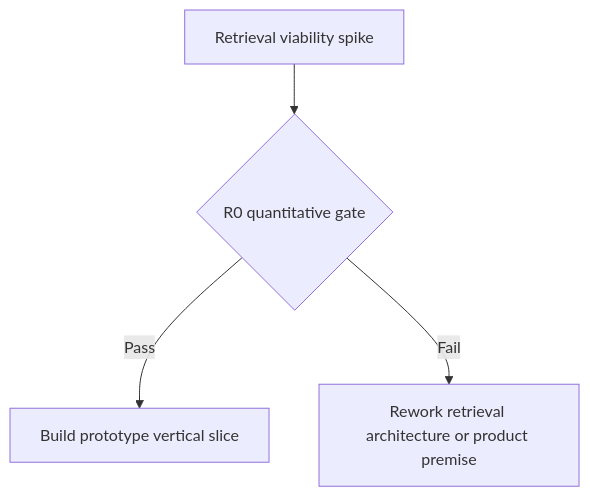
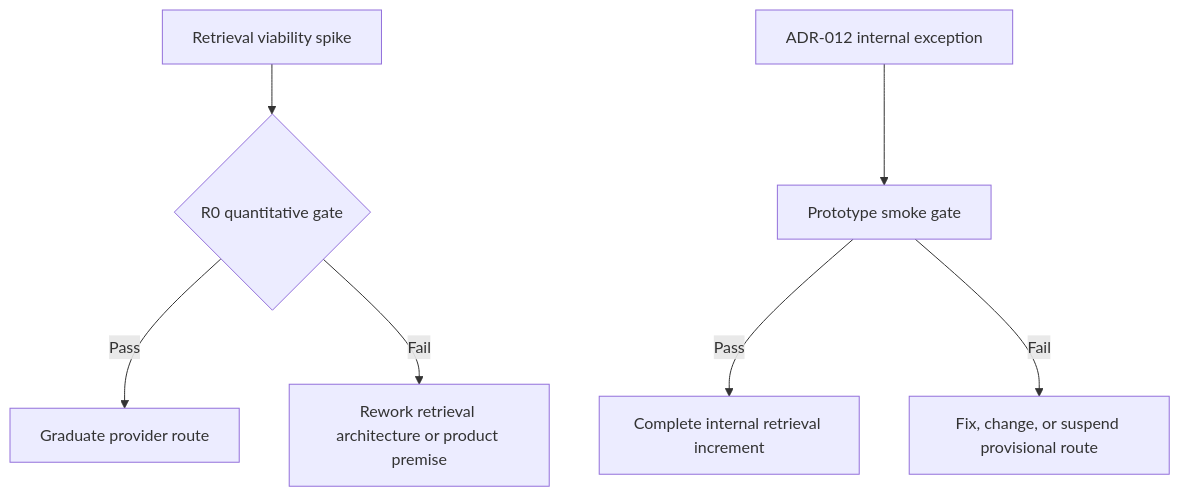
The diagram in social_intelligence_markdown/docs/architecture/retrieval.md (harihkim/aptori_outreach), drawn with Mermaid before and after one commit. The commit also changed other lines of this file and 17 other files, not shown here.

````diff
--- a/social_intelligence_markdown/docs/architecture/retrieval.md
+++ b/social_intelligence_markdown/docs/architecture/retrieval.md
@@ -10,6 +10,9 @@
 ```mermaid
 flowchart TD
     S[Retrieval viability spike] --> R0{R0 quantitative gate}
-    R0 -->|Pass| V[Build prototype vertical slice]
+    R0 -->|Pass| V[Graduate provider route]
     R0 -->|Fail| X[Rework retrieval architecture or product premise]
+    E[ADR-012 internal exception] --> S2[Prototype smoke gate]
+    S2 -->|Pass| I[Complete internal retrieval increment]
+    S2 -->|Fail| X2[Fix, change, or suspend provisional route]
 ```
````
